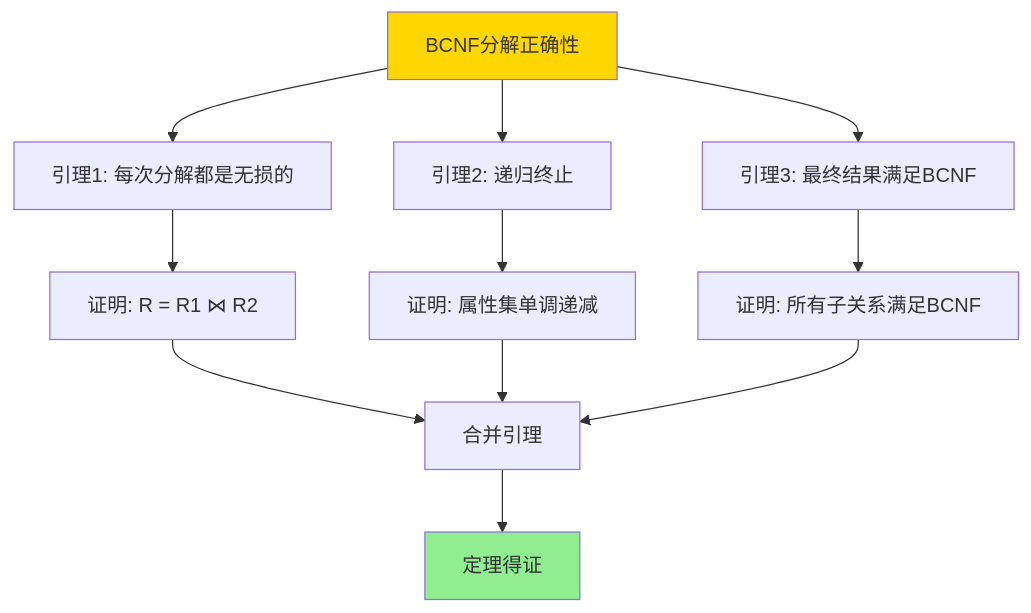
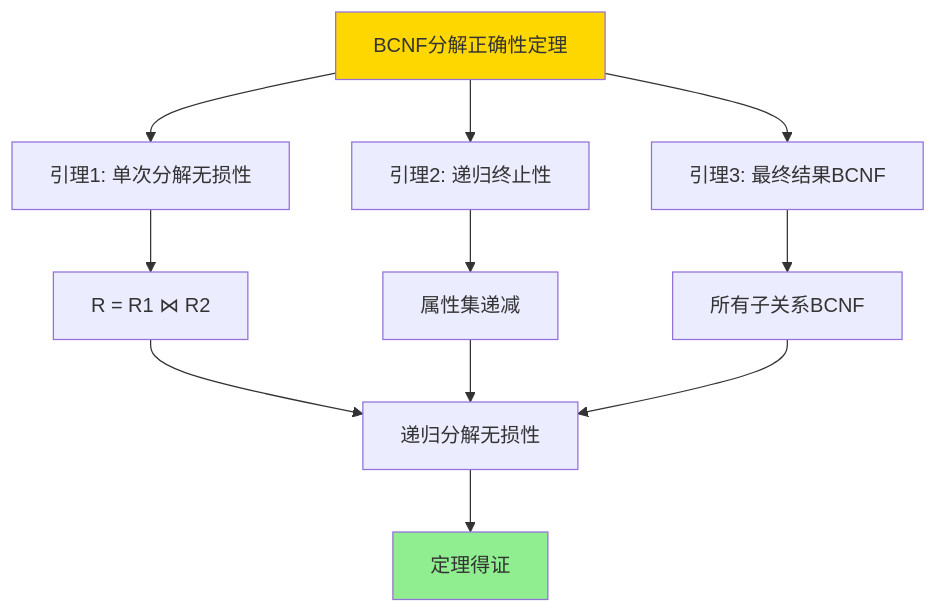
One commit to AdaMartin18010/PostgreSQL_modern changed the fifth of 7 diagrams in PostgreSQL/10-理论基础/09-数据模型与规范化/09.02-BCNF与3NF-完整证明稿.md. Above: the diagram before and after it, drawn with Mermaid. The commit also changed other lines of this file and 80 other files, not shown here.

````diff
--- a/PostgreSQL/10-理论基础/09-数据模型与规范化/09.02-BCNF与3NF-完整证明稿.md
+++ b/PostgreSQL/10-理论基础/09-数据模型与规范化/09.02-BCNF与3NF-完整证明稿.md
@@ -260,16 +317,16 @@
 ```mermaid
 graph TD
-    A[BCNF分解正确性] --> B[引理1: 每次分解都是无损的]
-    A --> C[引理2: 递归终止]
-    A --> D[引理3: 最终结果满足BCNF]
-    B --> E[证明: R = R1 ⋈ R2]
-    C --> F[证明: 属性集单调递减]
-    D --> G[证明: 所有子关系满足BCNF]
-    E --> H[合并引理]
+    A[BCNF分解正确性定理] --> B[引理1: 单次分解无损性]
+    A --> C[引理2: 递归终止性]
+    A --> D[引理3: 最终结果BCNF]
+    B --> E[R = R1 ⋈ R2]
+    C --> F[属性集递减]
+    D --> G[所有子关系BCNF]
+    E --> H[递归分解无损性]
     F --> H
     G --> H
     H --> I[定理得证]
 
     style A fill:#FFD700
     style I fill:#90EE90
 ```
````
